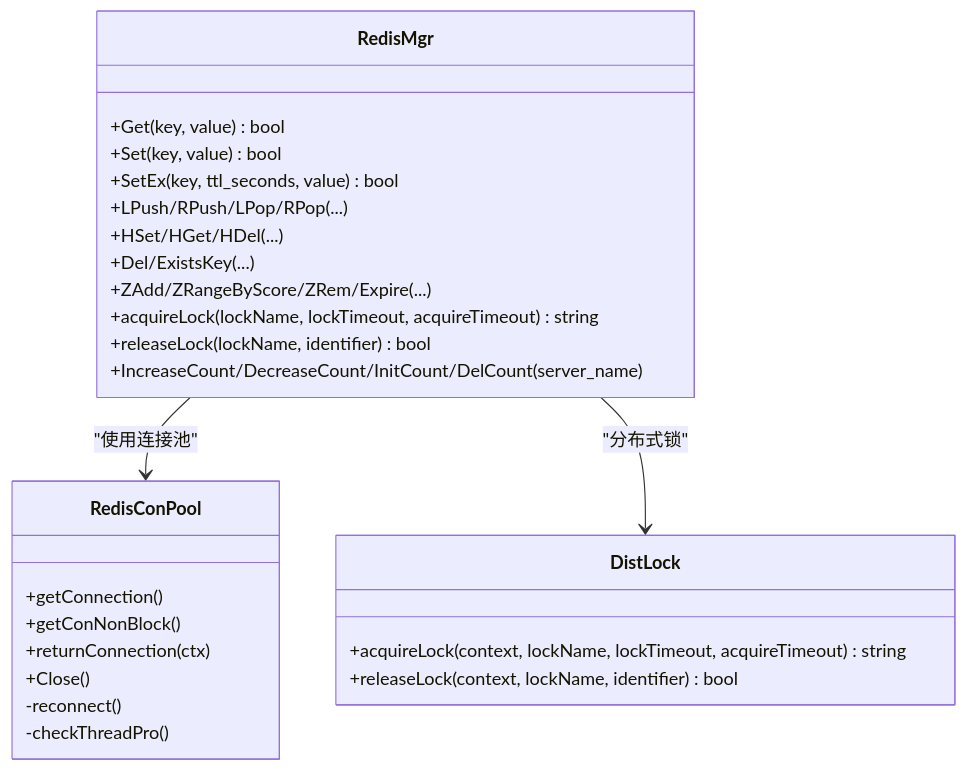
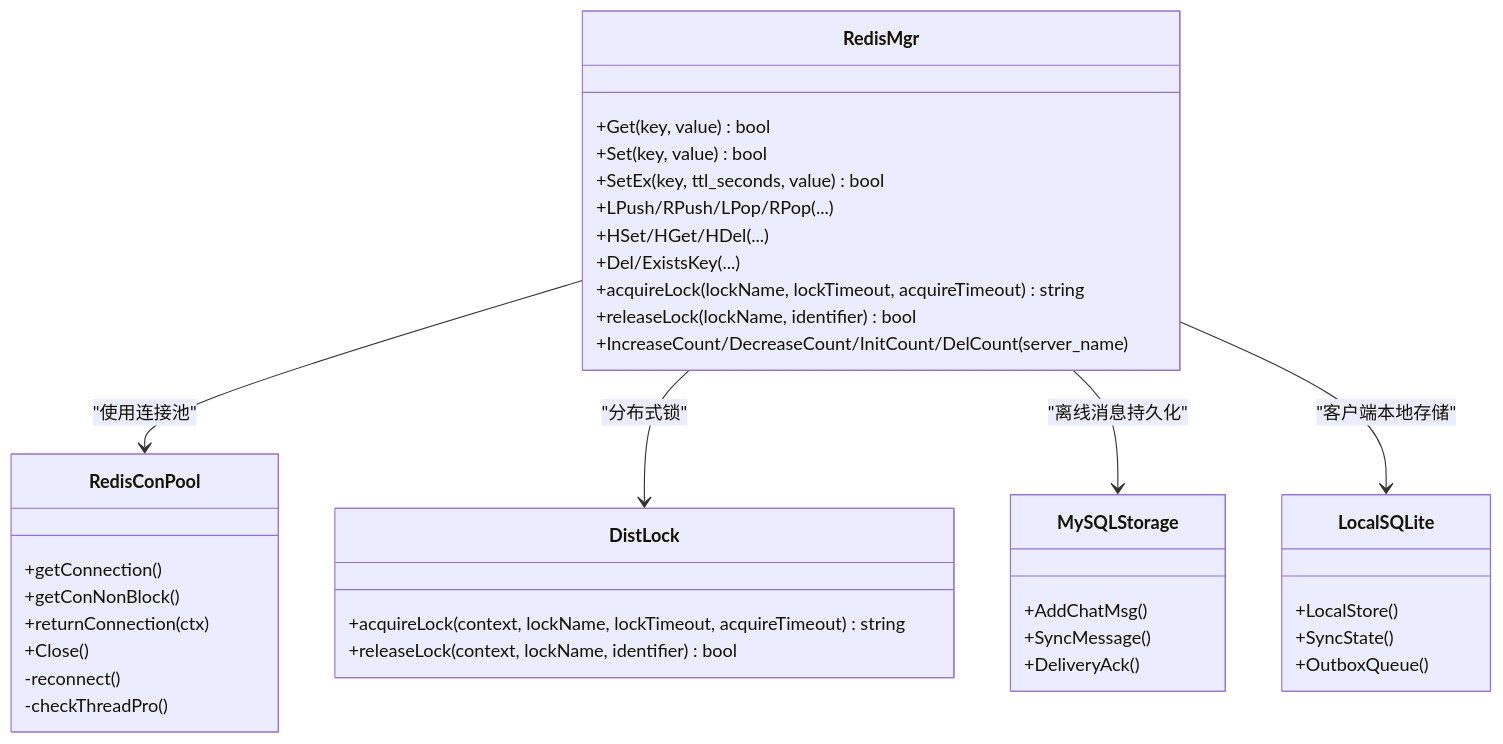
The second of 8 diagrams in .qoder/repowiki/zh/content/缓存和存储/Redis缓存策略.md (echo9923/mychatter), drawn with Mermaid before and after one commit. The commit also changed other lines of this file and 132 other files, not shown here.

````diff
--- a/.qoder/repowiki/zh/content/缓存和存储/Redis缓存策略.md
+++ b/.qoder/repowiki/zh/content/缓存和存储/Redis缓存策略.md
@@ -92,29 +105,40 @@
 ```mermaid
 classDiagram
 class RedisConPool {
 +getConnection()
 +getConNonBlock()
 +returnConnection(ctx)
 +Close()
 -reconnect()
 -checkThreadPro()
 }
 class RedisMgr {
 +Get(key, value) bool
 +Set(key, value) bool
 +SetEx(key, ttl_seconds, value) bool
 +LPush/RPush/LPop/RPop(...)
 +HSet/HGet/HDel(...)
 +Del/ExistsKey(...)
-+ZAdd/ZRangeByScore/ZRem/Expire(...)
 +acquireLock(lockName, lockTimeout, acquireTimeout) string
 +releaseLock(lockName, identifier) bool
 +IncreaseCount/DecreaseCount/InitCount/DelCount(server_name)
 }
 class DistLock {
 +acquireLock(context, lockName, lockTimeout, acquireTimeout) string
 +releaseLock(context, lockName, identifier) bool
 }
+class MySQLStorage {
++AddChatMsg()
++SyncMessage()
++DeliveryAck()
+}
+class LocalSQLite {
++LocalStore()
++SyncState()
++OutboxQueue()
+}
 RedisMgr --> RedisConPool : "使用连接池"
 RedisMgr --> DistLock : "分布式锁"
+RedisMgr --> MySQLStorage : "离线消息持久化"
+RedisMgr --> LocalSQLite : "客户端本地存储"
 ```
````
